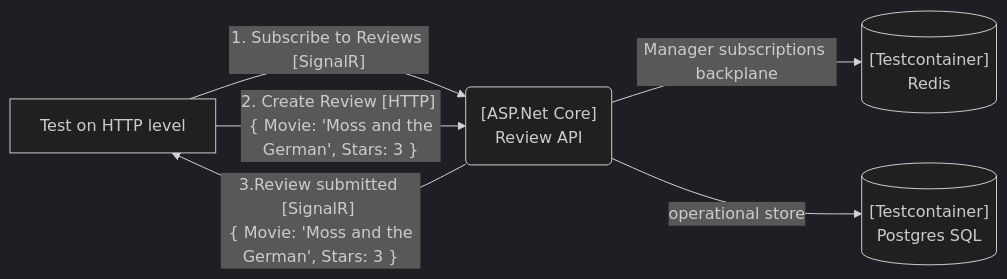
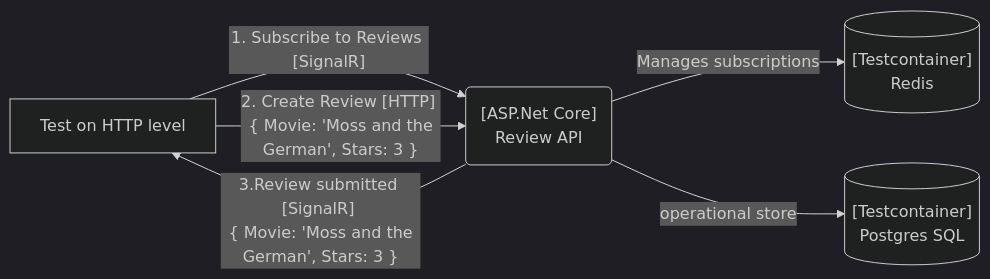
The second of 2 diagrams in wwwroot/posts/10.07.2020-Testcontainers.md (SbiCA/SeBlog), drawn with Mermaid (dark theme) before and after one commit. The commit also changed other lines of this file, not shown here.

````diff
--- a/wwwroot/posts/10.07.2020-Testcontainers.md
+++ b/wwwroot/posts/10.07.2020-Testcontainers.md
@@ -178,8 +178,8 @@
 ``` mermaid
 graph LR
 	A[Test on HTTP level] -- "1. Subscribe to Reviews [SignalR]" --> B("[ASP.Net Core] <br/> Review API")
-  B -- Manager subscriptions backplane --> C[("[Testcontainer] <br/> Redis ")]
+  B -- Manages subscriptions --> C[("[Testcontainer] <br/> Redis ")]
   A -- "2. Create Review [HTTP] <br/> { Movie: 'Moss and the German', Stars: 3 }"--> B
   B -- operational store --> D[("[Testcontainer] <br/> Postgres SQL")]
   B -- "3.Review submitted [SignalR] <br/> { Movie: 'Moss and the German', Stars: 3 }" --> A
 ```
````
